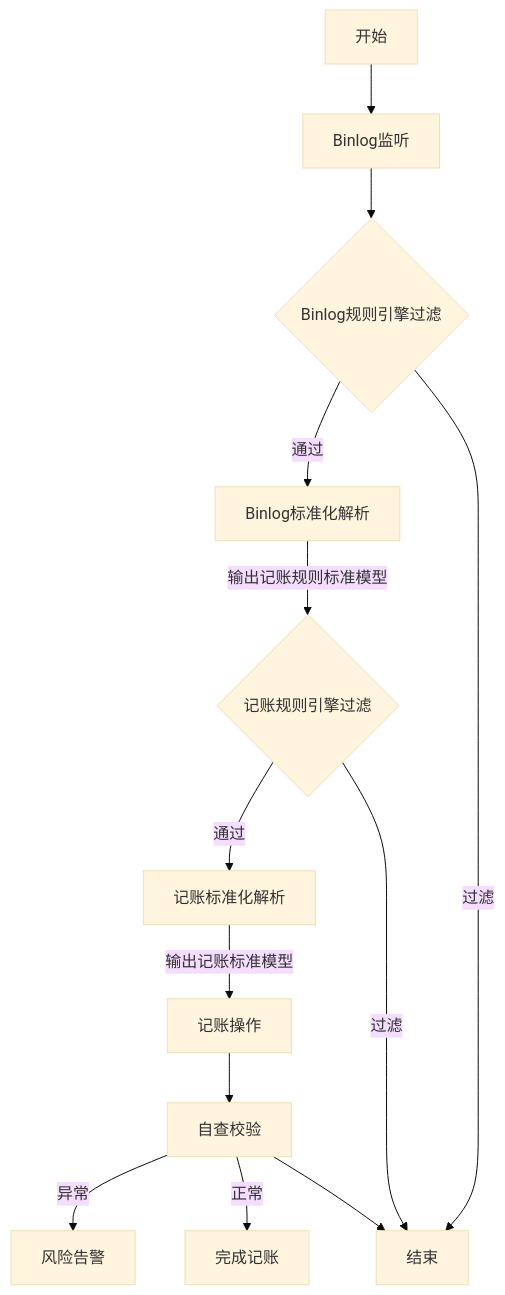
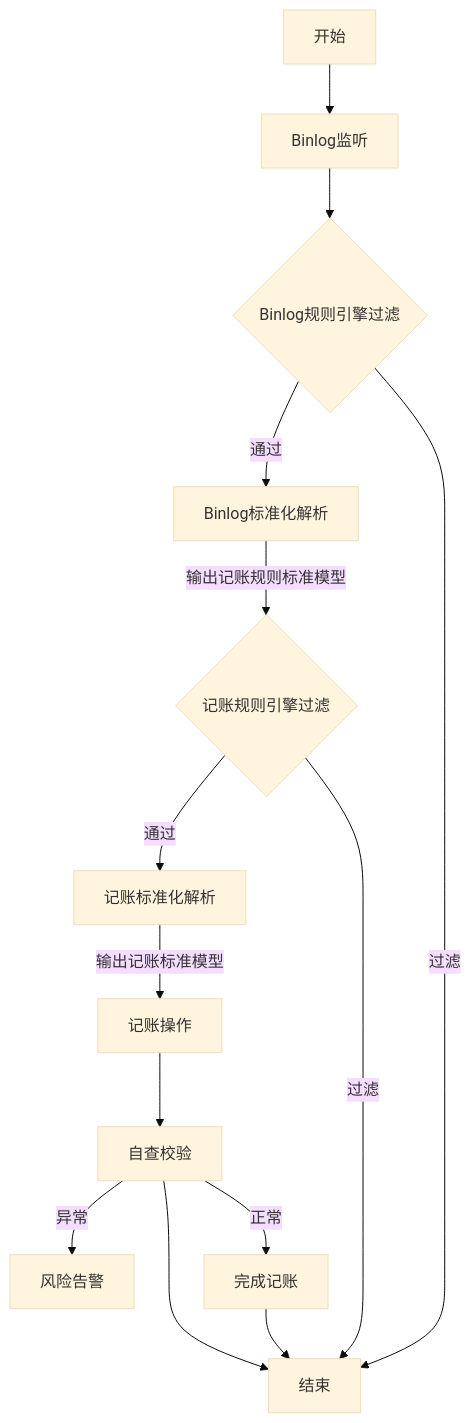
One commit to 87828943/iodraw-files changed the diagram in all/记账架构流程图.md. Above: the diagram before and after it, drawn with Mermaid (base theme).

Commit message:
2025-07-07 14:56:27 update

````diff
--- a/all/记账架构流程图.md
+++ b/all/记账架构流程图.md
@@ -1,15 +1,16 @@
 ```mermaid
 graph TD
     Z[开始] --> A
     A[Binlog监听] --> B{Binlog规则引擎过滤}
     B -->|通过| C[Binlog标准化解析]
     B -->|过滤| K[结束]
     C --> |输出记账规则标准模型|D{记账规则引擎过滤}
     D --> |通过|E[记账标准化解析]
     D --> |过滤|K
     E --> |输出记账标准模型|F[记账操作]
     F --> G[自查校验]
     G -->|异常| H[风险告警]
     G -->  K[结束]
     G -->|正常| I[完成记账]
+    I -->  K[结束]
 ```
````
